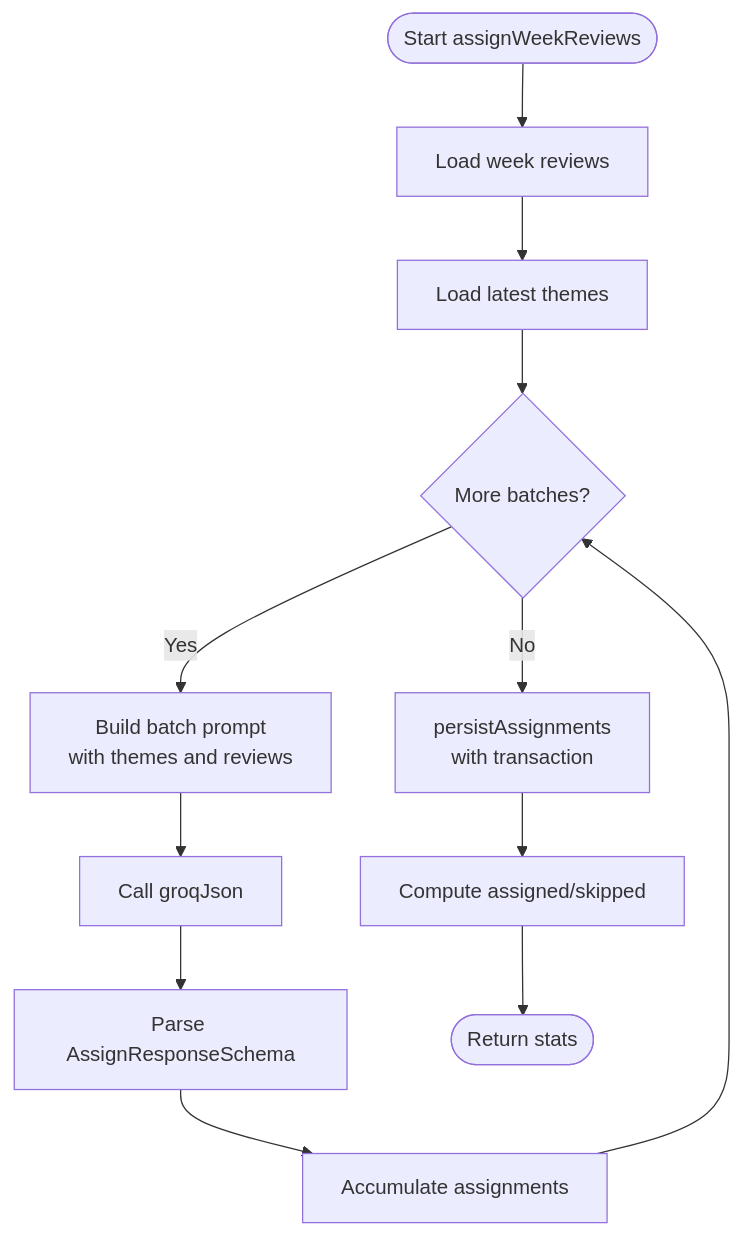
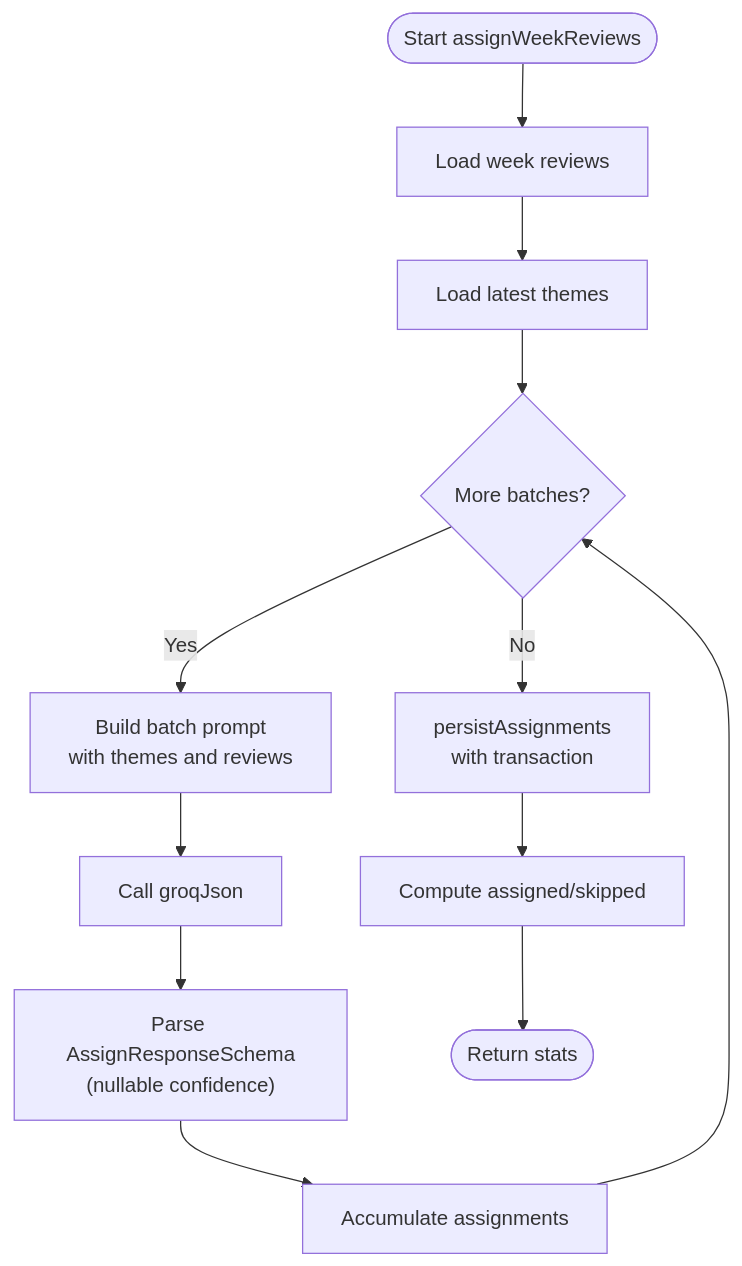
The third of 8 diagrams in .qoder/repowiki/en/content/Phase 2_ Advanced Analytics & Automation/Review-to-Theme Assignment.md (aravinthraj-ramalingam/Groww-App-Review-Insights-Analyzer-), drawn with Mermaid before and after one commit. The commit also changed other lines of this file and 4 other files, not shown here.

````diff
--- a/.qoder/repowiki/en/content/Phase 2_ Advanced Analytics & Automation/Review-to-Theme Assignment.md
+++ b/.qoder/repowiki/en/content/Phase 2_ Advanced Analytics & Automation/Review-to-Theme Assignment.md
@@ -138,14 +145,14 @@
 ```mermaid
 flowchart TD
 Start(["Start assignWeekReviews"]) --> LoadReviews["Load week reviews"]
 LoadReviews --> LoadThemes["Load latest themes"]
 LoadThemes --> LoopBatches{"More batches?"}
 LoopBatches --> |Yes| BuildPrompt["Build batch prompt<br/>with themes and reviews"]
 BuildPrompt --> CallLLM["Call groqJson"]
-CallLLM --> Parse["Parse AssignResponseSchema"]
+CallLLM --> Parse["Parse AssignResponseSchema<br/>(nullable confidence)"]
 Parse --> Accumulate["Accumulate assignments"]
 Accumulate --> LoopBatches
 LoopBatches --> |No| Persist["persistAssignments<br/>with transaction"]
 Persist --> Stats["Compute assigned/skipped"]
 Stats --> End(["Return stats"])
 ```
````
